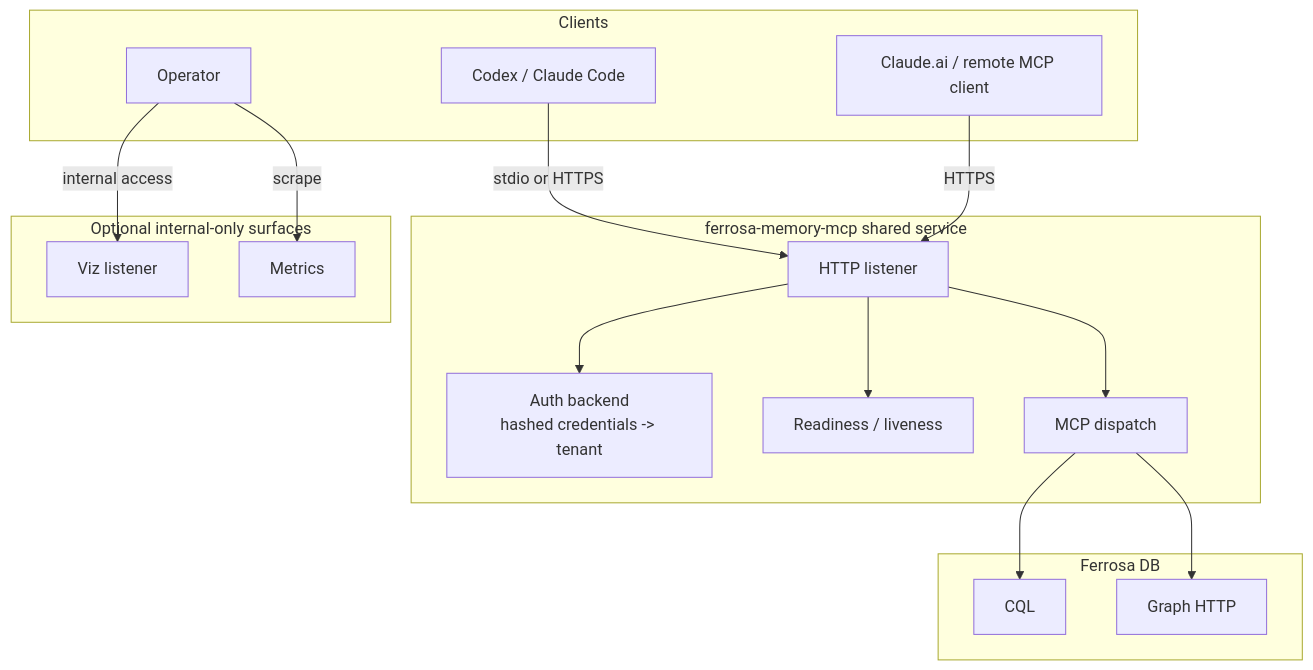
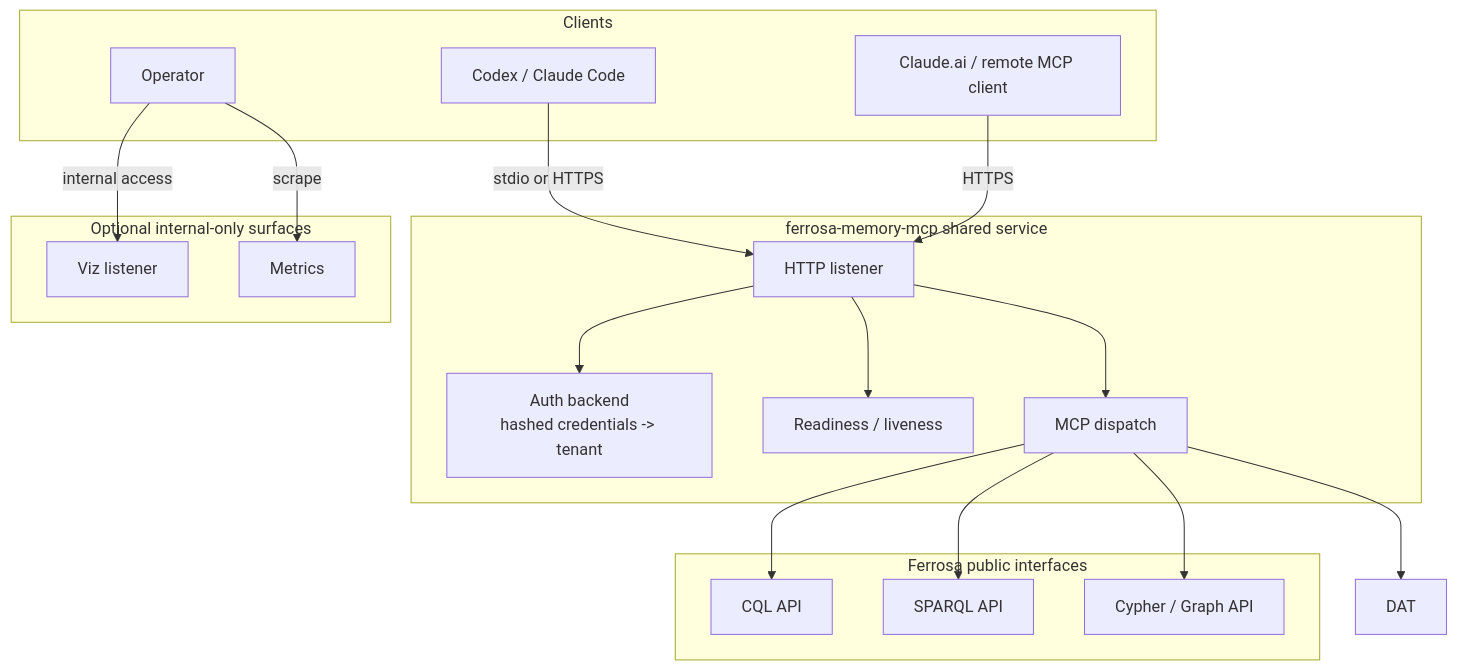
The diagram in specs/shared-http-deployment.md (ferrosadb/ferrosa-memory), drawn with Mermaid before and after one commit. The commit also changed other lines of this file and 153 other files, not shown here.

````diff
--- a/specs/shared-http-deployment.md
+++ b/specs/shared-http-deployment.md
@@ -103,35 +88,38 @@
 ```mermaid
 graph TB
     subgraph Clients
         CC[Codex / Claude Code]
         CA[Claude.ai / remote MCP client]
         OP[Operator]
     end
 
     subgraph SharedService["ferrosa-memory-mcp shared service"]
         LB[HTTP listener]
         AU[Auth backend<br/>hashed credentials -> tenant]
         RP[Readiness / liveness]
         MCP[MCP dispatch]
     end
 
     subgraph Internal["Optional internal-only surfaces"]
         VZ[Viz listener]
         MT[Metrics]
     end
 
-    subgraph DB["Ferrosa DB"]
-        CQL[CQL]
-        GR[Graph HTTP]
+    subgraph API["Ferrosa public interfaces"]
+        CQL[CQL API]
+        SPQ[SPARQL API]
+        GR[Cypher / Graph API]
     end
 
     CC -->|stdio or HTTPS| LB
     CA -->|HTTPS| LB
     LB --> AU
     LB --> RP
     LB --> MCP
     MCP --> CQL
+    MCP --> SPQ
     MCP --> GR
+    MCP --> DAT
     OP -->|internal access| VZ
     OP -->|scrape| MT
 ```
````
